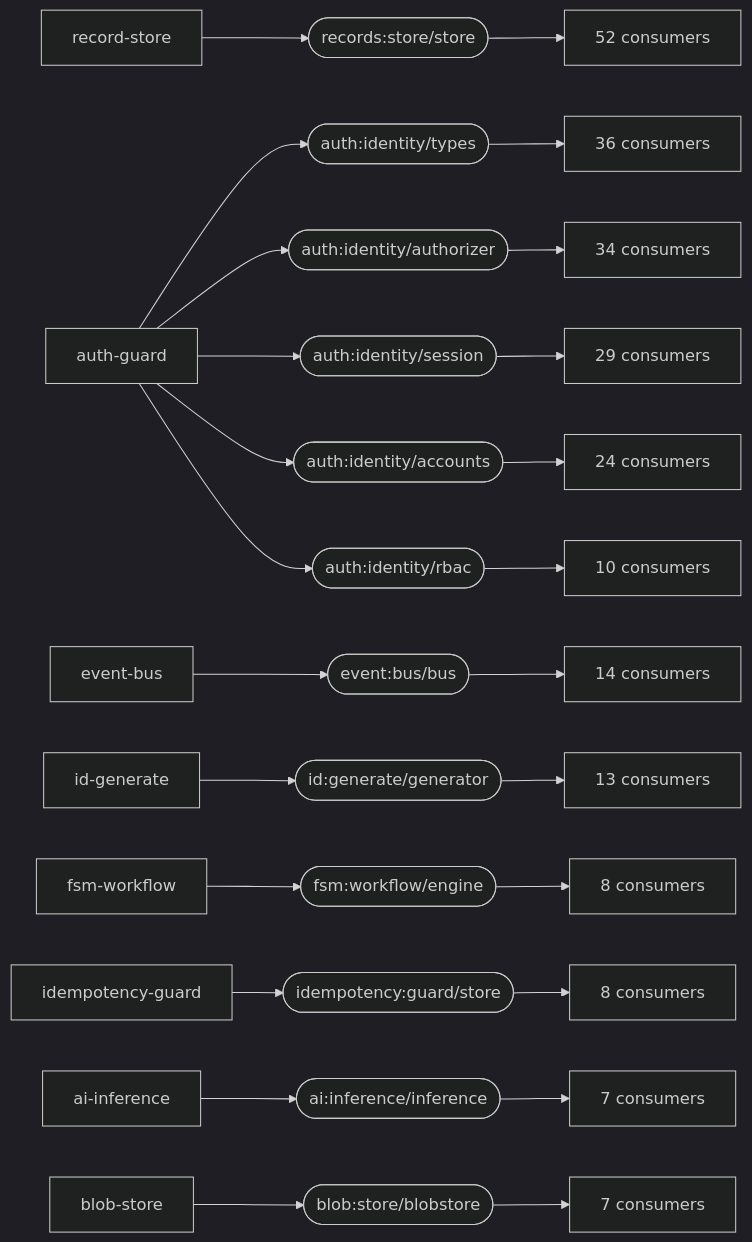
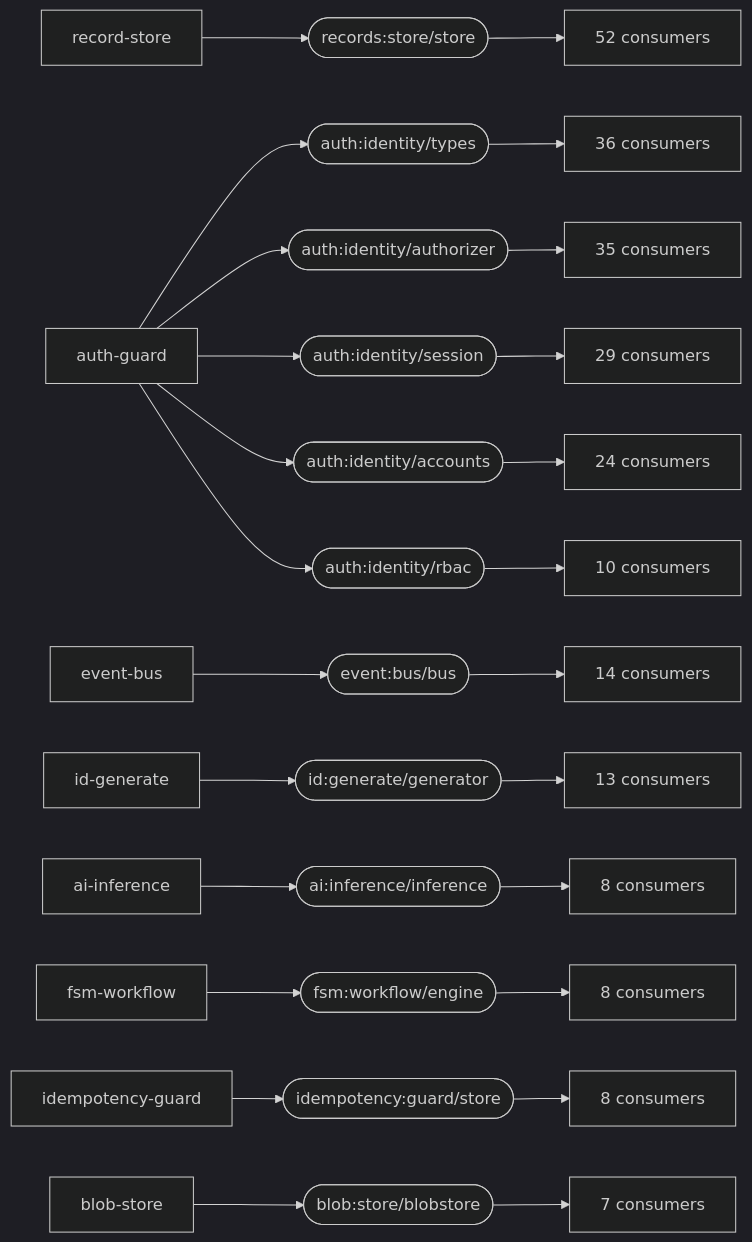
Before and after one commit to markkovari/holon: the first of 2 diagrams in docs/CAPABILITY-GRAPH.md, drawn with Mermaid (dark theme). The commit also changed other lines of this file and 1 other file, not shown here.

````diff
--- a/docs/CAPABILITY-GRAPH.md
+++ b/docs/CAPABILITY-GRAPH.md
@@ -116,39 +116,39 @@
 ```mermaid
 graph LR
   records_store_store(["records:store/store"])
   record_store[record-store] --> records_store_store
   records_store_store --> many_records_store_store["52 consumers"]
   auth_identity_types(["auth:identity/types"])
   auth_guard[auth-guard] --> auth_identity_types
   auth_identity_types --> many_auth_identity_types["36 consumers"]
   auth_identity_authorizer(["auth:identity/authorizer"])
   auth_guard[auth-guard] --> auth_identity_authorizer
-  auth_identity_authorizer --> many_auth_identity_authorizer["34 consumers"]
+  auth_identity_authorizer --> many_auth_identity_authorizer["35 consumers"]
   auth_identity_session(["auth:identity/session"])
   auth_guard[auth-guard] --> auth_identity_session
   auth_identity_session --> many_auth_identity_session["29 consumers"]
   auth_identity_accounts(["auth:identity/accounts"])
   auth_guard[auth-guard] --> auth_identity_accounts
   auth_identity_accounts --> many_auth_identity_accounts["24 consumers"]
   event_bus_bus(["event:bus/bus"])
   event_bus[event-bus] --> event_bus_bus
   event_bus_bus --> many_event_bus_bus["14 consumers"]
   id_generate_generator(["id:generate/generator"])
   id_generate[id-generate] --> id_generate_generator
   id_generate_generator --> many_id_generate_generator["13 consumers"]
   auth_identity_rbac(["auth:identity/rbac"])
   auth_guard[auth-guard] --> auth_identity_rbac
   auth_identity_rbac --> many_auth_identity_rbac["10 consumers"]
+  ai_inference_inference(["ai:inference/inference"])
+  ai_inference[ai-inference] --> ai_inference_inference
+  ai_inference_inference --> many_ai_inference_inference["8 consumers"]
   fsm_workflow_engine(["fsm:workflow/engine"])
   fsm_workflow[fsm-workflow] --> fsm_workflow_engine
   fsm_workflow_engine --> many_fsm_workflow_engine["8 consumers"]
   idempotency_guard_store(["idempotency:guard/store"])
   idempotency_guard[idempotency-guard] --> idempotency_guard_store
   idempotency_guard_store --> many_idempotency_guard_store["8 consumers"]
-  ai_inference_inference(["ai:inference/inference"])
-  ai_inference[ai-inference] --> ai_inference_inference
-  ai_inference_inference --> many_ai_inference_inference["7 consumers"]
   blob_store_blobstore(["blob:store/blobstore"])
   blob_store[blob-store] --> blob_store_blobstore
   blob_store_blobstore --> many_blob_store_blobstore["7 consumers"]
 ```
````
